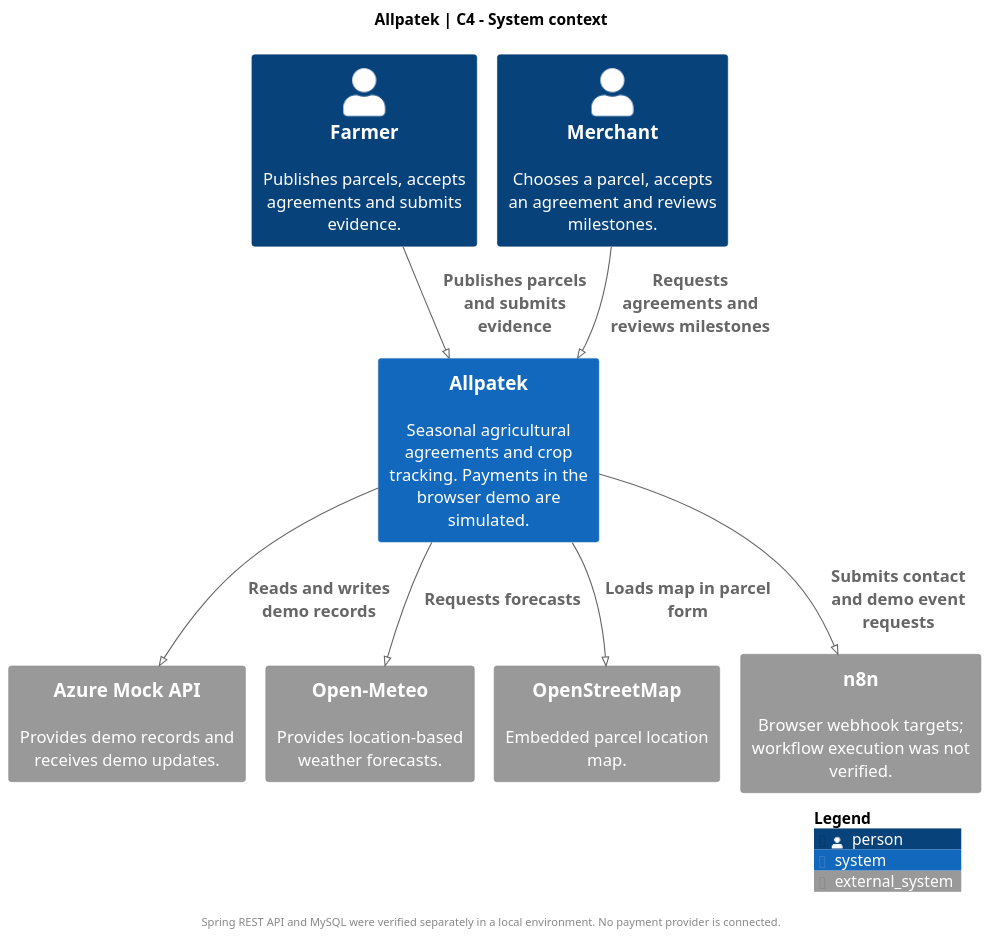
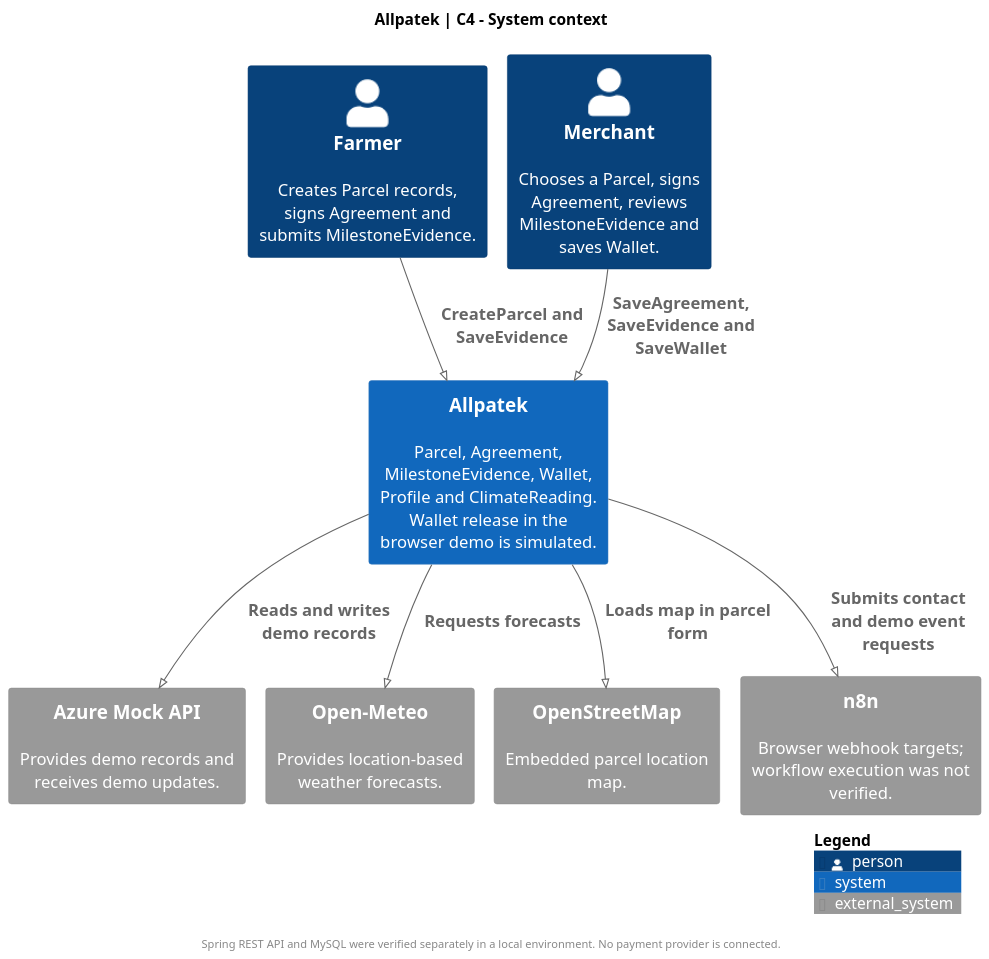
One commit to upc-pre-202620-1asi0729-7753-Terranova/allpatek-report changed the diagram in assets/chapter-04/architecture/02-context.puml. Above: the diagram before and after it, drawn with PlantUML. The commit also changed 2 other files, not shown here.

Commit message:
docs(architecture): name C4 context from Parcel Agreement and Wallet

```diff
--- a/assets/chapter-04/architecture/02-context.puml
+++ b/assets/chapter-04/architecture/02-context.puml
@@ -1,32 +1,32 @@
 @startuml
 !pragma layout smetana
 !include <C4/C4_Context>
 skinparam backgroundColor white
 skinparam defaultFontName SansSerif
 skinparam defaultFontSize 15
 skinparam shadowing false
 skinparam dpi 140
 
 title Allpatek | C4 - System context
 LAYOUT_TOP_DOWN()
 
-Person(farmer, "Farmer", "Publishes parcels, accepts agreements and submits evidence.")
-Person(merchant, "Merchant", "Chooses a parcel, accepts an agreement and reviews milestones.")
+Person(farmer, "Farmer", "Creates Parcel records, signs Agreement and submits MilestoneEvidence.")
+Person(merchant, "Merchant", "Chooses a Parcel, signs Agreement, reviews MilestoneEvidence and saves Wallet.")
 
-System(allpatek, "Allpatek", "Seasonal agricultural agreements and crop tracking. Payments in the browser demo are simulated.")
+System(allpatek, "Allpatek", "Parcel, Agreement, MilestoneEvidence, Wallet, Profile and ClimateReading. Wallet release in the browser demo is simulated.")
 
 System_Ext(mock, "Azure Mock API", "Provides demo records and receives demo updates.")
 System_Ext(weather, "Open-Meteo", "Provides location-based weather forecasts.")
 System_Ext(maps, "OpenStreetMap", "Embedded parcel location map.")
 System_Ext(automation, "n8n", "Browser webhook targets; workflow execution was not verified.")
 
-Rel(farmer, allpatek, "Publishes parcels and submits evidence")
-Rel(merchant, allpatek, "Requests agreements and reviews milestones")
+Rel(farmer, allpatek, "CreateParcel and SaveEvidence")
+Rel(merchant, allpatek, "SaveAgreement, SaveEvidence and SaveWallet")
 Rel(allpatek, mock, "Reads and writes demo records")
 Rel(allpatek, weather, "Requests forecasts")
 Rel(allpatek, maps, "Loads map in parcel form")
 Rel(allpatek, automation, "Submits contact and demo event requests")
 
 footer Spring REST API and MySQL were verified separately in a local environment. No payment provider is connected.
 SHOW_LEGEND()
 @enduml
```
